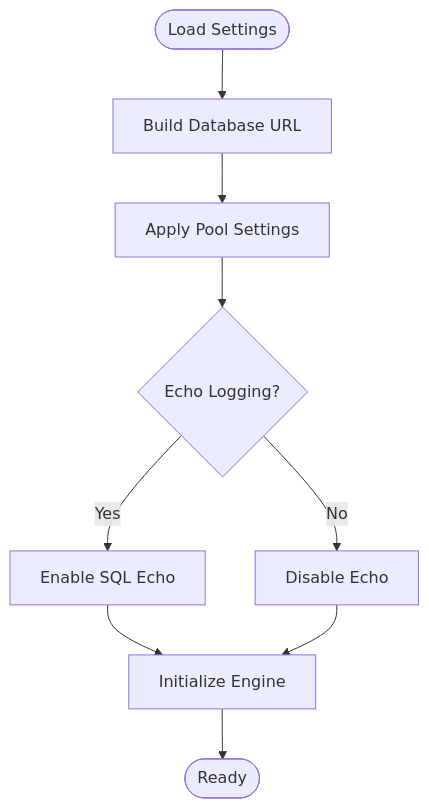
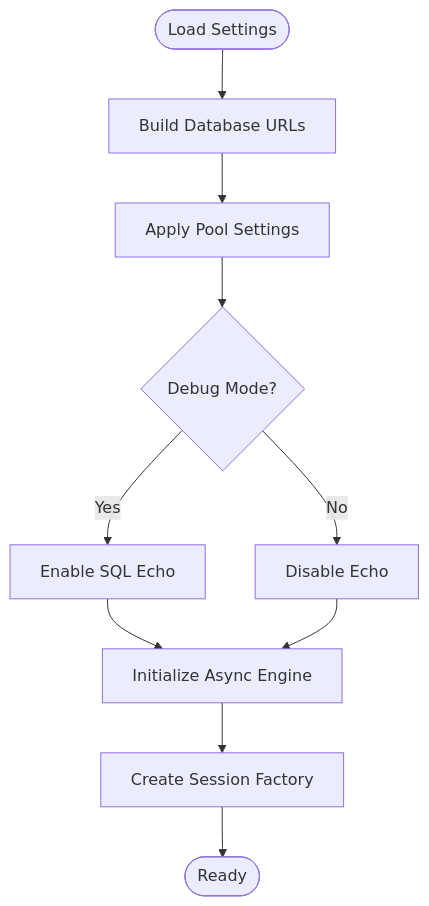
The third of 6 diagrams in .qoder/repowiki/en/content/Configuration & Environment Management.md (userisaziz/samaa-ai), drawn with Mermaid before and after one commit. The commit also changed other lines of this file and 2 other files, not shown here.

````diff
--- a/.qoder/repowiki/en/content/Configuration & Environment Management.md
+++ b/.qoder/repowiki/en/content/Configuration & Environment Management.md
@@ -160,11 +208,12 @@
 ```mermaid
 flowchart TD
-Start(["Load Settings"]) --> BuildURL["Build Database URL"]
+Start(["Load Settings"]) --> BuildURL["Build Database URLs"]
 BuildURL --> PoolCfg["Apply Pool Settings"]
-PoolCfg --> EchoOpt{"Echo Logging?"}
+PoolCfg --> EchoOpt{"Debug Mode?"}
 EchoOpt --> |Yes| EnableEcho["Enable SQL Echo"]
 EchoOpt --> |No| DisableEcho["Disable Echo"]
-EnableEcho --> InitDB["Initialize Engine"]
-DisableEcho --> InitDB
-InitDB --> Ready(["Ready"])
+EnableEcho --> InitEngine["Initialize Async Engine"]
+DisableEcho --> InitEngine
+InitEngine --> SessionFactory["Create Session Factory"]
+SessionFactory --> Ready(["Ready"])
 ```
````
